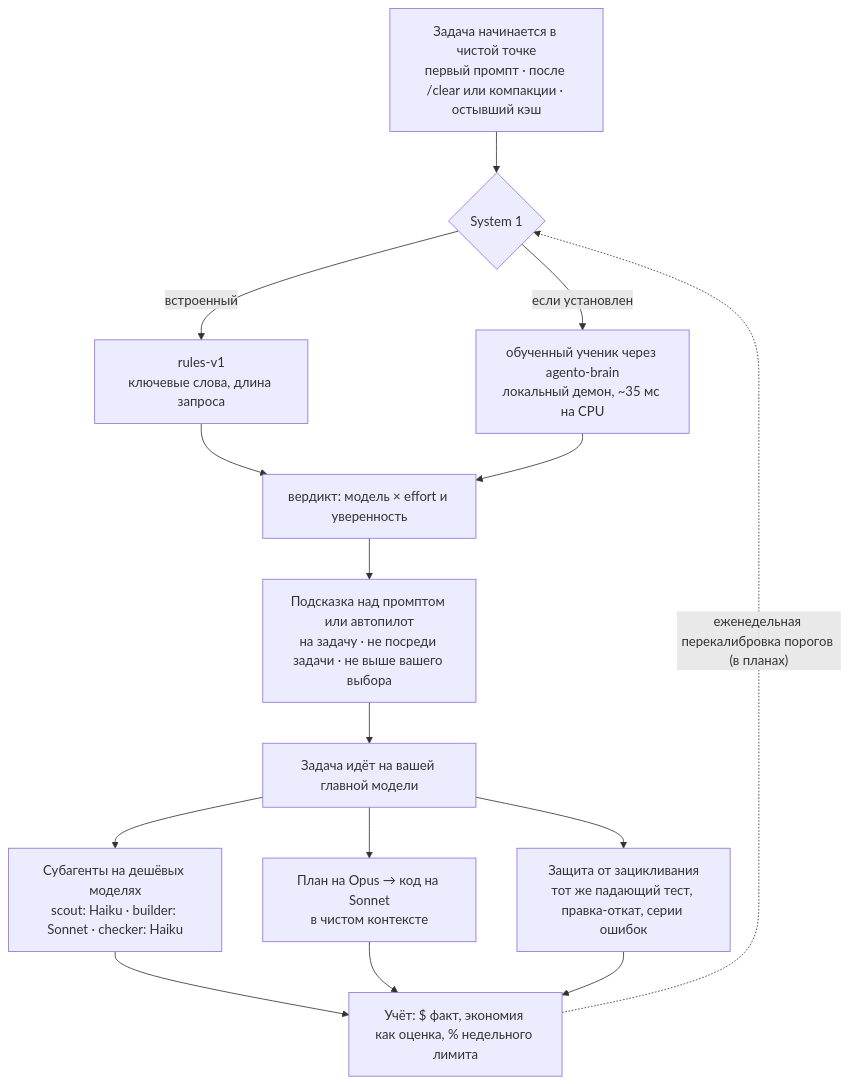
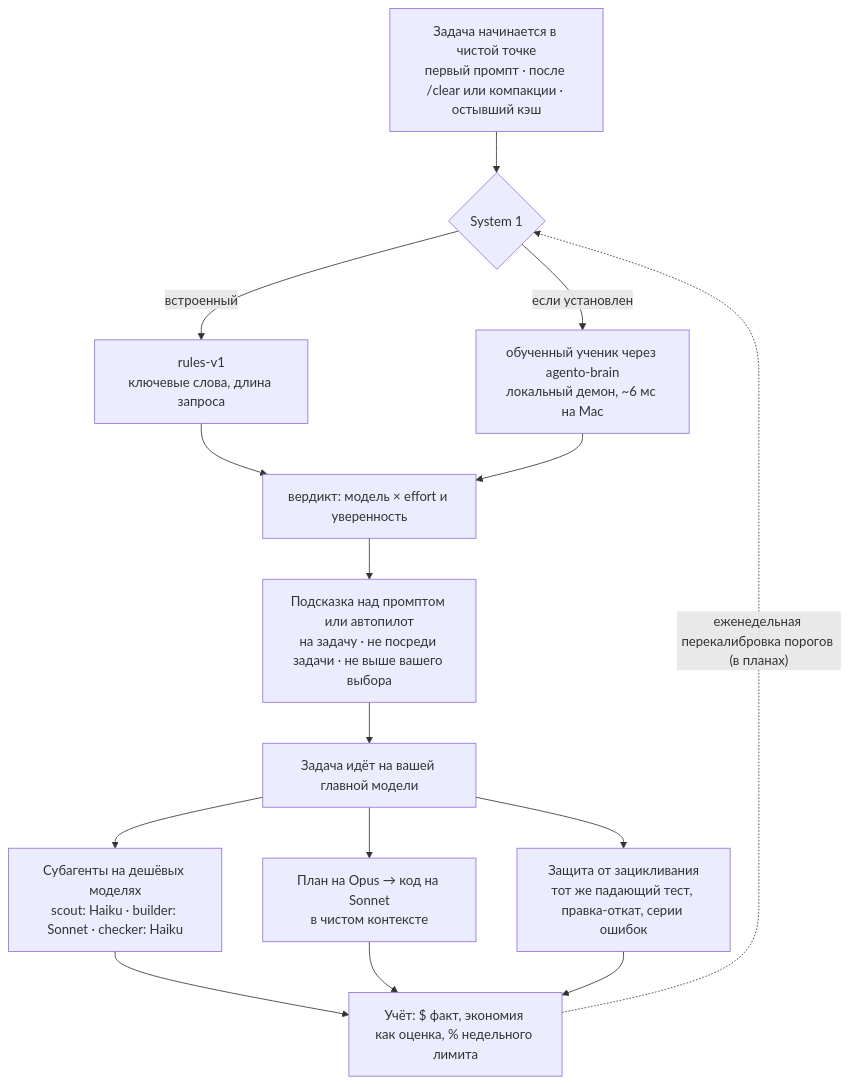
One commit to regksemx/agento changed the diagram in README.ru.md. Above: the diagram before and after it, drawn with Mermaid. The commit also changed other lines of this file and 18 other files, not shown here.

````diff
--- a/README.ru.md
+++ b/README.ru.md
@@ -70,17 +70,17 @@
 ```mermaid
 flowchart TD
     A["Задача начинается в чистой точке<br/>первый промпт · после /clear или компакции · остывший кэш"] --> B{"System 1"}
     B -->|встроенный| R["rules-v1<br/>ключевые слова, длина запроса"]
-    B -->|если установлен| S["обученный ученик через agento-brain<br/>локальный демон, ~35 мс на CPU"]
+    B -->|если установлен| S["обученный ученик через agento-brain<br/>локальный демон, ~6 мс на Mac"]
     R --> V["вердикт: модель × effort и уверенность"]
     S --> V
     V --> H["Подсказка над промптом или автопилот<br/>на задачу · не посреди задачи · не выше вашего выбора"]
     H --> W["Задача идёт на вашей главной модели"]
     W --> SA["Субагенты на дешёвых моделях<br/>scout: Haiku · builder: Sonnet · checker: Haiku"]
     W --> HO["План на Opus → код на Sonnet<br/>в чистом контексте"]
     W --> LG["Защита от зацикливания<br/>тот же падающий тест, правка-откат, серии ошибок"]
     SA --> L["Учёт: $ факт, экономия как оценка, % недельного лимита"]
     HO --> L
     LG --> L
     L -.->|"еженедельная перекалибровка порогов (в планах)"| B
 ```
````
